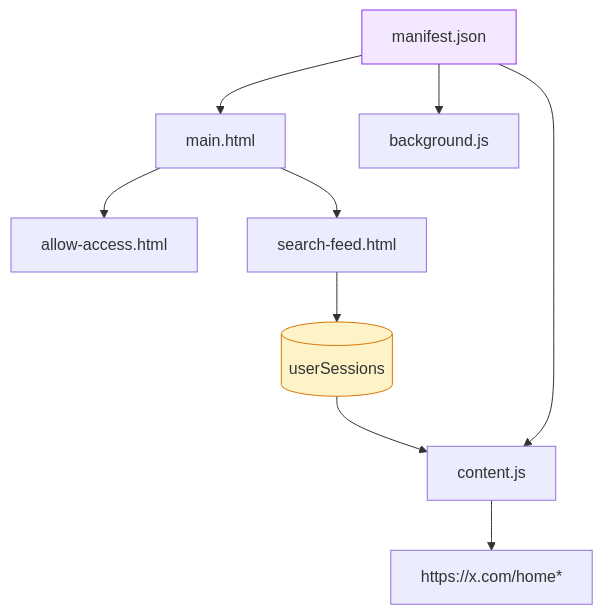
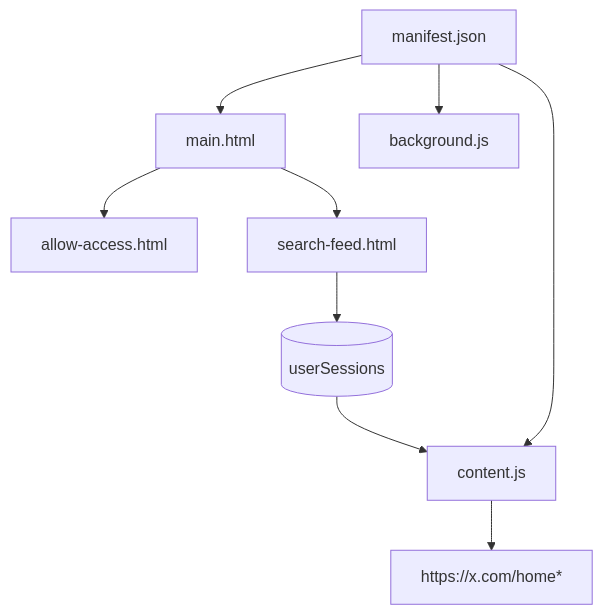
The second of 6 diagrams in docs/architecture.md (SidheshwarSarangal/X_feed_extension), drawn with Mermaid before and after one commit. The commit also changed other lines of this file and 4 other files, not shown here.

````diff
--- a/docs/architecture.md
+++ b/docs/architecture.md
@@ -52,14 +49,12 @@
 ```mermaid
 flowchart TB
     Manifest[manifest.json] --> Popup[main.html]
     Popup --> Access[allow-access.html]
     Popup --> Search[search-feed.html]
     Manifest --> Worker[background.js]
     Manifest --> Content[content.js]
     Content --> XHome[https://x.com/home*]
     Search --> ChromeStore[(userSessions)]
     ChromeStore --> Content
 
-    style Manifest fill:#f3e8ff,stroke:#9333ea
-    style ChromeStore fill:#fef3c7,stroke:#d97706
 ```
````
